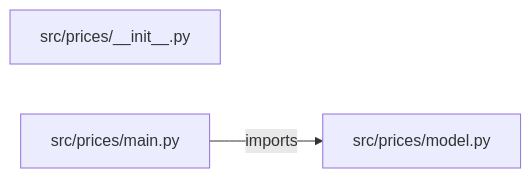
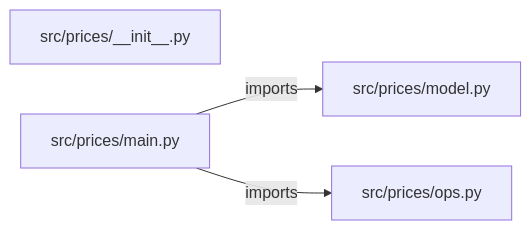
The diagram in PROJECT_ARCHITECTURE.md (iarsingh/house-price-prediction), drawn with Mermaid before and after one commit. The commit also changed other lines of this file and 2 other files, not shown here.

Commit message:
Refresh architecture and interview guides from current implementation

````diff
--- a/PROJECT_ARCHITECTURE.md
+++ b/PROJECT_ARCHITECTURE.md
@@ -13,7 +13,9 @@
 ```mermaid
 flowchart LR
     M0["src/prices/__init__.py"]
     M1["src/prices/main.py"]
     M2["src/prices/model.py"]
+    M3["src/prices/ops.py"]
     M1 -->|imports| M2
+    M1 -->|imports| M3
 ```
````
